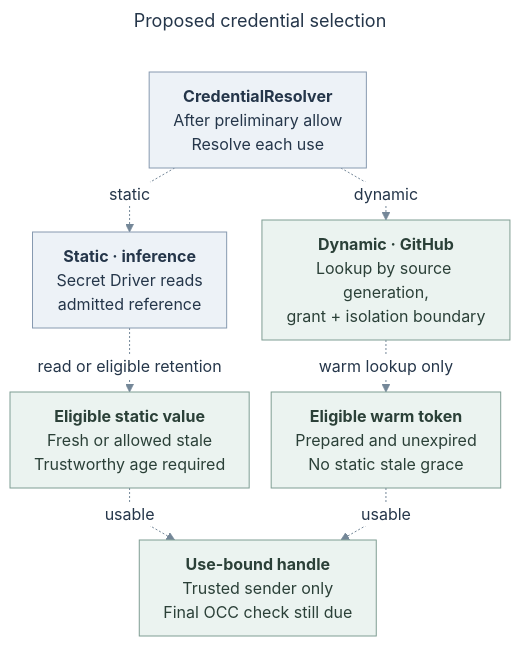
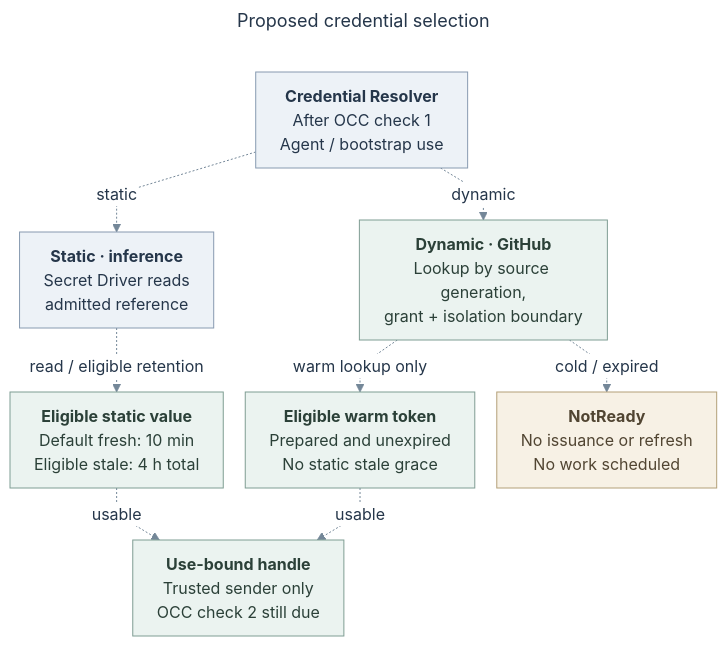
The diagram in specs/rfcs/0019-egress-proxy-credential-lifecycle/assets/credential-selection.mmd (freeqaz-openai/openclaw-enterprise), drawn with Mermaid before and after one commit. The commit also changed 20 other files, not shown here.

```diff
--- a/specs/rfcs/0019-egress-proxy-credential-lifecycle/assets/credential-selection.mmd
+++ b/specs/rfcs/0019-egress-proxy-credential-lifecycle/assets/credential-selection.mmd
@@ -1,45 +1,48 @@
 ---
 title: "Proposed credential selection"
 config:
   theme: base
   htmlLabels: true
   themeVariables:
     fontFamily: "Arial, sans-serif"
     fontSize: "16px"
     primaryTextColor: "#25364A"
     lineColor: "#748798"
     edgeLabelBackground: "#FFFFFF"
     clusterBkg: "#FAFBFC"
     clusterBorder: "#D8DEE6"
   flowchart:
     useMaxWidth: false
     curve: linear
     nodeSpacing: 22
     rankSpacing: 28
     padding: 12
     diagramPadding: 12
     subGraphTitleMargin:
       top: 10
       bottom: 14
 ---
 flowchart TB
-  Resolve["<b>CredentialResolver</b><br/>After preliminary allow<br/>Resolve each use"]
+  Resolve["<b>Credential Resolver</b><br/>After OCC check 1<br/>Agent / bootstrap use"]
   Static["<b>Static · inference</b><br/>Secret Driver reads<br/>admitted reference"]
   Dynamic["<b>Dynamic · GitHub</b><br/>Lookup by source generation,<br/>grant + isolation boundary"]
-  Age["<b>Eligible static value</b><br/>Fresh or allowed stale<br/>Trustworthy age required"]
+  Age["<b>Eligible static value</b><br/>Default fresh: 10 min<br/>Eligible stale: 4 h total"]
   Scope["<b>Eligible warm token</b><br/>Prepared and unexpired<br/>No static stale grace"]
-  Handle["<b>Use-bound handle</b><br/>Trusted sender only<br/>Final OCC check still due"]
+  Handle["<b>Use-bound handle</b><br/>Trusted sender only<br/>OCC check 2 still due"]
+  Cold["<b>NotReady</b><br/>No issuance or refresh<br/>No work scheduled"]
   Resolve -. static .-> Static
   Resolve -. dynamic .-> Dynamic
-  Static -. read or eligible retention .-> Age
+  Static -. "read / eligible retention" .-> Age
   Dynamic -. warm lookup only .-> Scope
+  Dynamic -. "cold / expired" .-> Cold
   Age -. usable .-> Handle
   Scope -. usable .-> Handle
   class Resolve,Static api
   class Dynamic,Age,Scope,Handle action
+  class Cold gate
   classDef api fill:#EDF2F7,stroke:#879AB0,color:#25364A,stroke-width:1px
   classDef action fill:#EBF3F0,stroke:#7F9D93,color:#2B4038,stroke-width:1px
   classDef external fill:#F2EDF6,stroke:#A394AF,color:#40354B,stroke-width:1px
   classDef gate fill:#F7F1E5,stroke:#B3A078,color:#514532,stroke-width:1px
   classDef logical fill:#F3F4F6,stroke:#98A2AE,color:#344054,stroke-width:1px,stroke-dasharray:4 4
   linkStyle default stroke:#748798,stroke-width:1px
```
